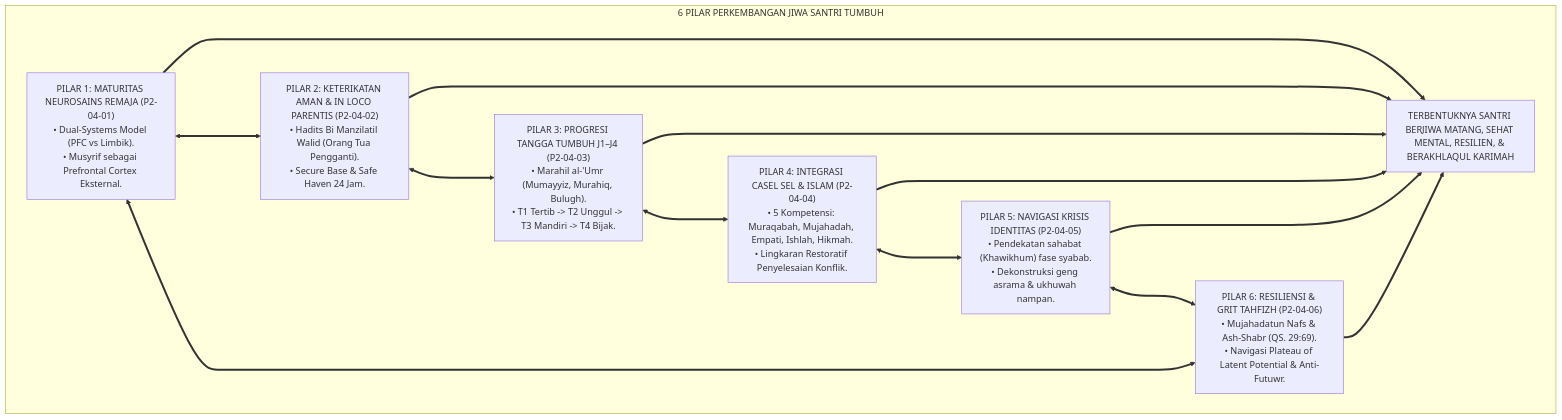
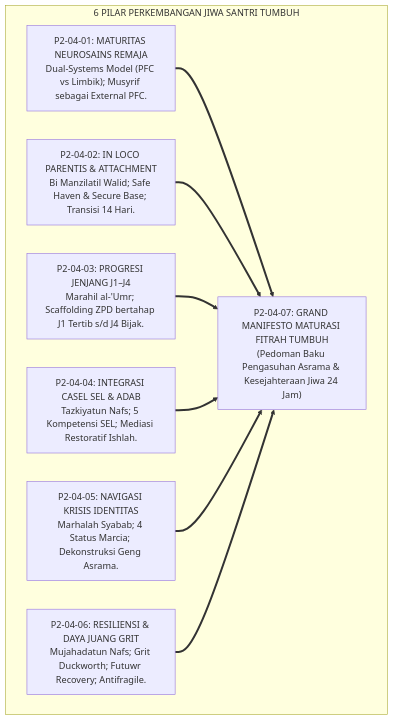
One commit to wandiapriliyandi/tumbuh changed the first of 3 diagrams in 02 Principles/04 Development Principles/P2-04-07-Sintesis-Development-Principles-TUMBUH.md. Above: the diagram before and after it, drawn with Mermaid. The commit also changed other lines of this file and 7 other files, not shown here.

````diff
--- a/02 Principles/04 Development Principles/P2-04-07-Sintesis-Development-Principles-TUMBUH.md
+++ b/02 Principles/04 Development Principles/P2-04-07-Sintesis-Development-Principles-TUMBUH.md
@@ -57,27 +55,15 @@
 ```mermaid
 flowchart TD
     subgraph ArsitekturSintesisDevelopmentPrinciples["6 PILAR PERKEMBANGAN JIWA SANTRI TUMBUH"]
-        P1["PILAR 1: MATURITAS NEUROSAINS REMAJA (P2-04-01)<br/>• Dual-Systems Model (PFC vs Limbik).<br/>• Musyrif sebagai Prefrontal Cortex Eksternal."]
+        P1["P2-04-01: MATURITAS NEUROSAINS REMAJA<br/>Dual-Systems Model (PFC vs Limbik); Musyrif sebagai External PFC."]
+        P2["P2-04-02: IN LOCO PARENTIS & ATTACHMENT<br/>Bi Manzilatil Walid; Safe Haven & Secure Base; Transisi 14 Hari."]
+        P3["P2-04-03: PROGRESI JENJANG J1–J4<br/>Marahil al-'Umr; Scaffolding ZPD bertahap J1 Tertib s/d J4 Bijak."]
+        P4["P2-04-04: INTEGRASI CASEL SEL & ADAB<br/>Tazkiyatun Nafs; 5 Kompetensi SEL; Mediasi Restoratif Ishlah."]
+        P5["P2-04-05: NAVIGASI KRISIS IDENTITAS<br/>Marhalah Syabab; 4 Status Marcia; Dekonstruksi Geng Asrama."]
+        P6["P2-04-06: RESILIENSI & DAYA JUANG GRIT<br/>Mujahadatun Nafs; Grit Duckworth; Futuwr Recovery; Antifragile."]
         
-        P2["PILAR 2: KETERIKATAN AMAN & IN LOCO PARENTIS (P2-04-02)<br/>• Hadits Bi Manzilatil Walid (Orang Tua Pengganti).<br/>• Secure Base & Safe Haven 24 Jam."]
+        ManifestoInduk["P2-04-07: GRAND MANIFESTO MATURASI FITRAH TUMBUH<br/>(Pedoman Baku Pengasuhan Asrama & Kesejahteraan Jiwa 24 Jam)"]
         
-        P3["PILAR 3: PROGRESI TANGGA TUMBUH J1–J4 (P2-04-03)<br/>• Marahil al-'Umr (Mumayyiz, Murahiq, Bulugh).<br/>• T1 Tertib -> T2 Unggul -> T3 Mandiri -> T4 Bijak."]
-        
-        P4["PILAR 4: INTEGRASI CASEL SEL & ISLAM (P2-04-04)<br/>• 5 Kompetensi: Muraqabah, Mujahadah, Empati, Ishlah, Hikmah.<br/>• Lingkaran Restoratif Penyelesaian Konflik."]
-        
-        P5["PILAR 5: NAVIGASI KRISIS IDENTITAS (P2-04-05)<br/>• Pendekatan sahabat (Khawikhum) fase syabab.<br/>• Dekonstruksi geng asrama & ukhuwah nampan."]
-        
-        P6["PILAR 6: RESILIENSI & GRIT TAHFIZH (P2-04-06)<br/>• Mujahadatun Nafs & Ash-Shabr (QS. 29:69).<br/>• Navigasi Plateau of Latent Potential & Anti-Futuwr."]
-        
-        P1 <===> P2
-        P2 <===> P3
-        P3 <===> P4
-        P4 <===> P5
-        P5 <===> P6
-        P6 <===> P1
-        
-        Pusat["TERBENTUKNYA SANTRI BERJIWA MATANG, SEHAT MENTAL, RESILIEN, & BERAKHLAQUL KARIMAH"]
-        
-        P1 & P2 & P3 & P4 & P5 & P6 ==> Pusat
+        P1 & P2 & P3 & P4 & P5 & P6 ==> ManifestoInduk
     end
 ```
````
